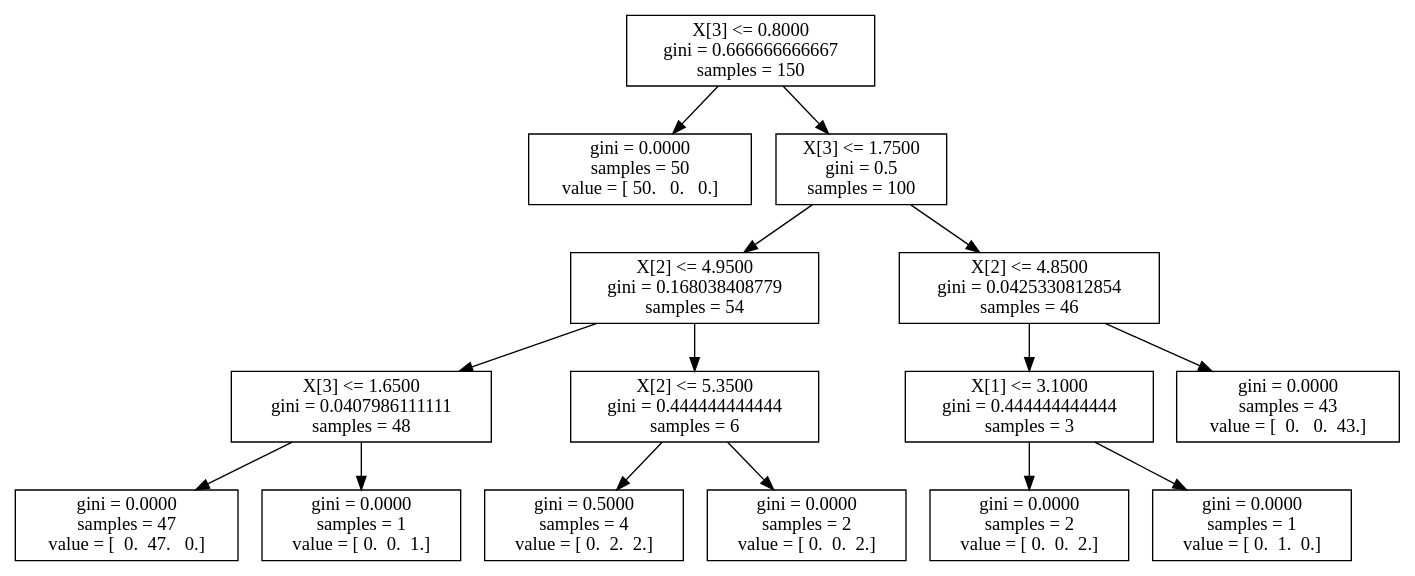
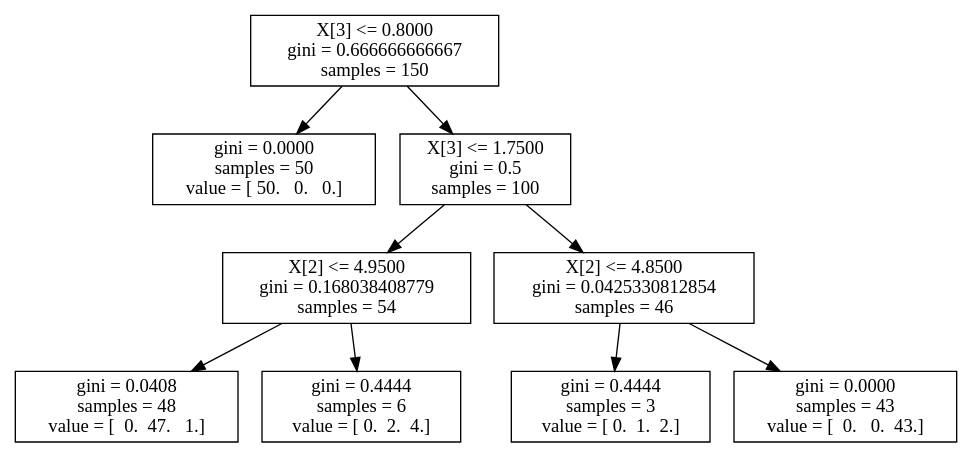
The diagram in iris_dtc.dot (timothyjlaurent/ga_tech_ml_supervised), drawn with Graphviz before and after one commit. The commit also changed 10 other files, not shown here.

```diff
--- a/iris_dtc.dot
+++ b/iris_dtc.dot
@@ -1,31 +1,19 @@
 digraph Tree {
 0 [label="X[3] <= 0.8000\ngini = 0.666666666667\nsamples = 150", shape="box"] ;
 1 [label="gini = 0.0000\nsamples = 50\nvalue = [ 50.   0.   0.]", shape="box"] ;
 0 -> 1 ;
 2 [label="X[3] <= 1.7500\ngini = 0.5\nsamples = 100", shape="box"] ;
 0 -> 2 ;
 3 [label="X[2] <= 4.9500\ngini = 0.168038408779\nsamples = 54", shape="box"] ;
 2 -> 3 ;
-4 [label="X[3] <= 1.6500\ngini = 0.0407986111111\nsamples = 48", shape="box"] ;
+4 [label="gini = 0.0408\nsamples = 48\nvalue = [  0.  47.   1.]", shape="box"] ;
 3 -> 4 ;
-5 [label="gini = 0.0000\nsamples = 47\nvalue = [  0.  47.   0.]", shape="box"] ;
-4 -> 5 ;
-6 [label="gini = 0.0000\nsamples = 1\nvalue = [ 0.  0.  1.]", shape="box"] ;
-4 -> 6 ;
-7 [label="X[2] <= 5.3500\ngini = 0.444444444444\nsamples = 6", shape="box"] ;
-3 -> 7 ;
-8 [label="gini = 0.5000\nsamples = 4\nvalue = [ 0.  2.  2.]", shape="box"] ;
-7 -> 8 ;
-9 [label="gini = 0.0000\nsamples = 2\nvalue = [ 0.  0.  2.]", shape="box"] ;
-7 -> 9 ;
-10 [label="X[2] <= 4.8500\ngini = 0.0425330812854\nsamples = 46", shape="box"] ;
-2 -> 10 ;
-11 [label="X[1] <= 3.1000\ngini = 0.444444444444\nsamples = 3", shape="box"] ;
-10 -> 11 ;
-12 [label="gini = 0.0000\nsamples = 2\nvalue = [ 0.  0.  2.]", shape="box"] ;
-11 -> 12 ;
-13 [label="gini = 0.0000\nsamples = 1\nvalue = [ 0.  1.  0.]", shape="box"] ;
-11 -> 13 ;
-14 [label="gini = 0.0000\nsamples = 43\nvalue = [  0.   0.  43.]", shape="box"] ;
-10 -> 14 ;
+5 [label="gini = 0.4444\nsamples = 6\nvalue = [ 0.  2.  4.]", shape="box"] ;
+3 -> 5 ;
+6 [label="X[2] <= 4.8500\ngini = 0.0425330812854\nsamples = 46", shape="box"] ;
+2 -> 6 ;
+7 [label="gini = 0.4444\nsamples = 3\nvalue = [ 0.  1.  2.]", shape="box"] ;
+6 -> 7 ;
+8 [label="gini = 0.0000\nsamples = 43\nvalue = [  0.   0.  43.]", shape="box"] ;
+6 -> 8 ;
 }
```
